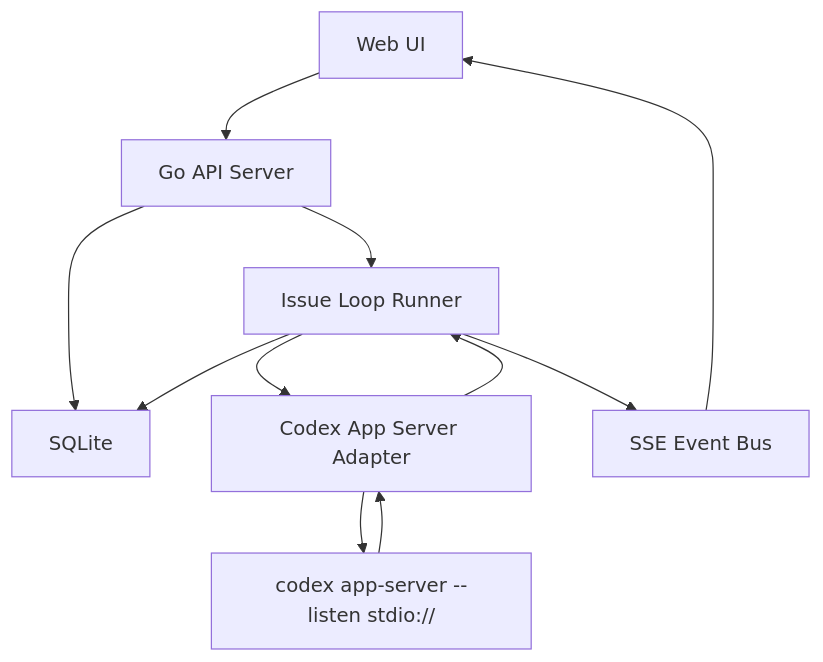
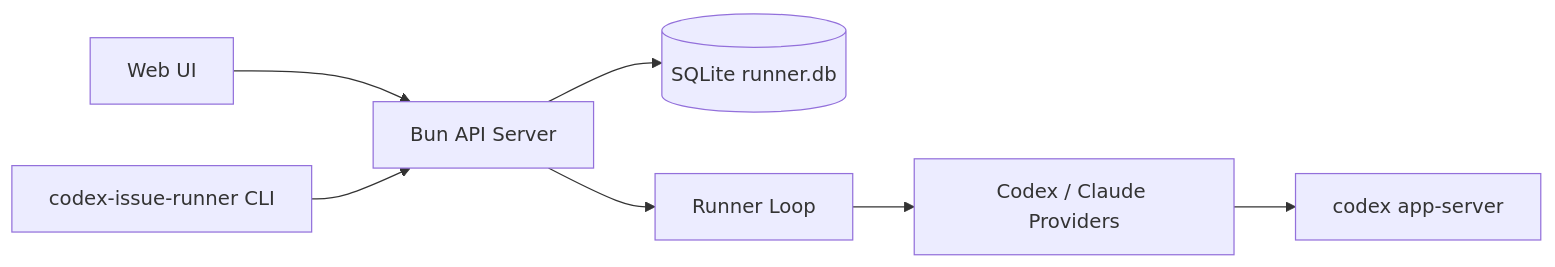
The diagram in docs/design.md (williamnie/xuanwu), drawn with Mermaid before and after one commit. The commit also changed other lines of this file and 251 other files, not shown here.

````diff
--- a/docs/design.md
+++ b/docs/design.md
@@ -36,14 +7,9 @@
 ```mermaid
-flowchart TD
-  UI["Web UI"] --> API["Go API Server"]
-  API --> DB["SQLite"]
-  API --> Runner["Issue Loop Runner"]
-  Runner --> DB
-  Runner --> Adapter["Codex App Server Adapter"]
-  Adapter --> Codex["codex app-server --listen stdio://"]
-
-  Codex --> Adapter
-  Adapter --> Runner
-  Runner --> Events["SSE Event Bus"]
-  Events --> UI
+flowchart LR
+  UI["Web UI"] --> API["Bun API Server"]
+  CLI["codex-issue-runner CLI"] --> API
+  API --> DB[(SQLite runner.db)]
+  API --> Runner["Runner Loop"]
+  Runner --> Providers["Codex / Claude Providers"]
+  Providers --> Codex["codex app-server"]
 ```
````
